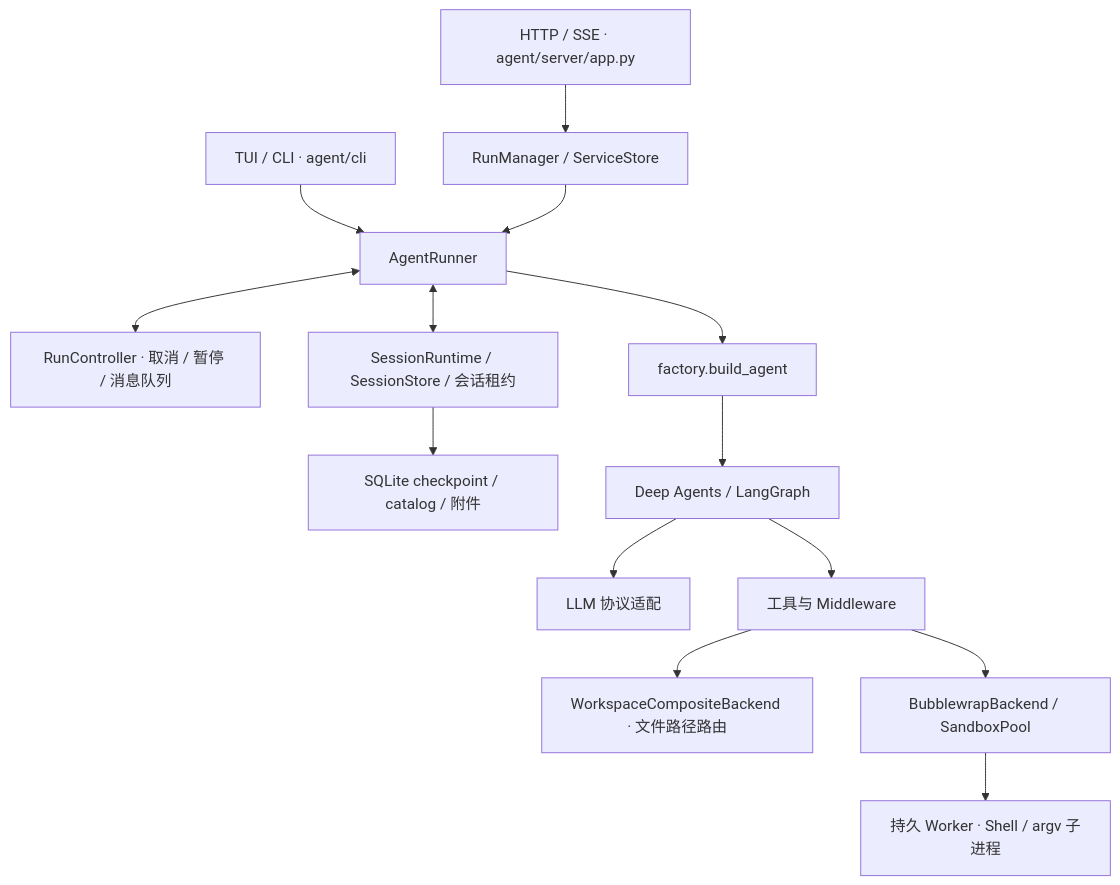
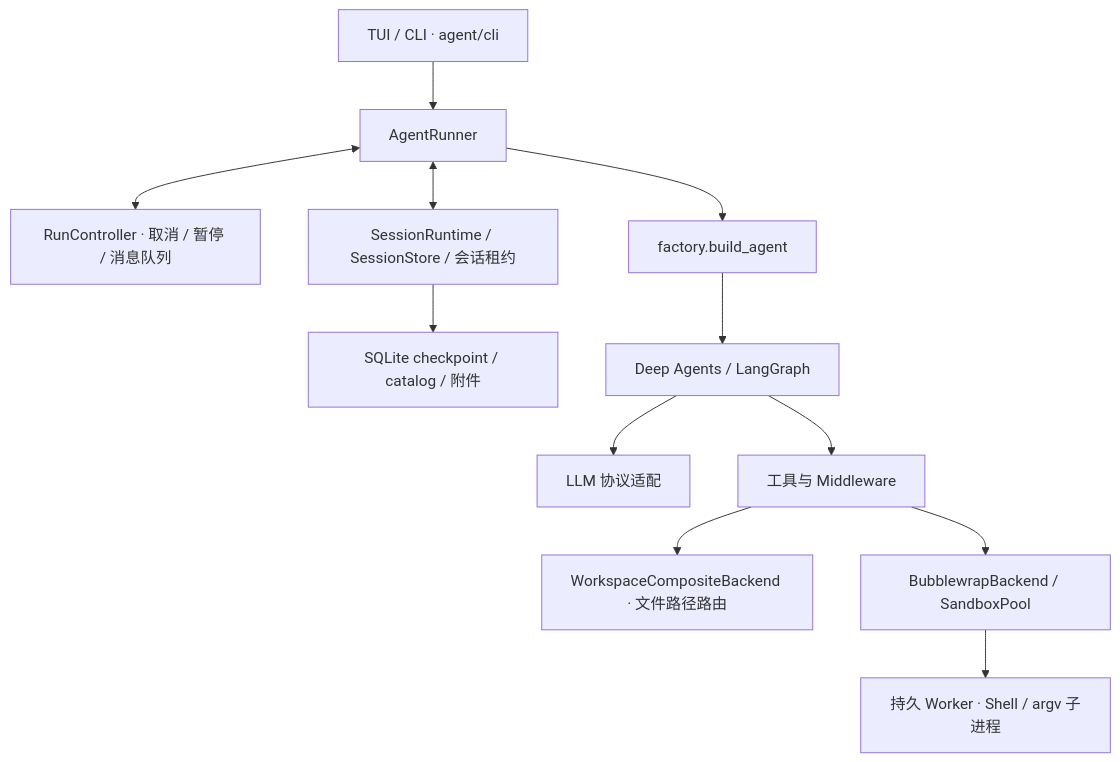
One commit to ADaozz/deep_agent_cli changed the first of 2 diagrams in docs/architecture.md. Above: the diagram before and after it, drawn with Mermaid. The commit also changed other lines of this file and 32 other files, not shown here.

````diff
--- a/docs/architecture.md
+++ b/docs/architecture.md
@@ -21,16 +21,14 @@
 ```mermaid
 flowchart TB
     CLI["TUI / CLI · agent/cli"] --> RUN["AgentRunner"]
-    HTTP["HTTP / SSE · agent/server/app.py"] --> SERVICE["RunManager / ServiceStore"]
-    SERVICE --> RUN
     RUN <--> CONTROL["RunController · 取消 / 暂停 / 消息队列"]
     RUN <--> SESSION["SessionRuntime / SessionStore / 会话租约"]
     SESSION --> DB["SQLite checkpoint / catalog / 附件"]
     RUN --> FACTORY["factory.build_agent"]
     FACTORY --> GRAPH["Deep Agents / LangGraph"]
     GRAPH --> MODEL["LLM 协议适配"]
     GRAPH --> TOOLS["工具与 Middleware"]
     TOOLS --> FILES["WorkspaceCompositeBackend · 文件路径路由"]
     TOOLS --> EXEC["BubblewrapBackend / SandboxPool"]
     EXEC --> WORKER["持久 Worker · Shell / argv 子进程"]
 ```
````
